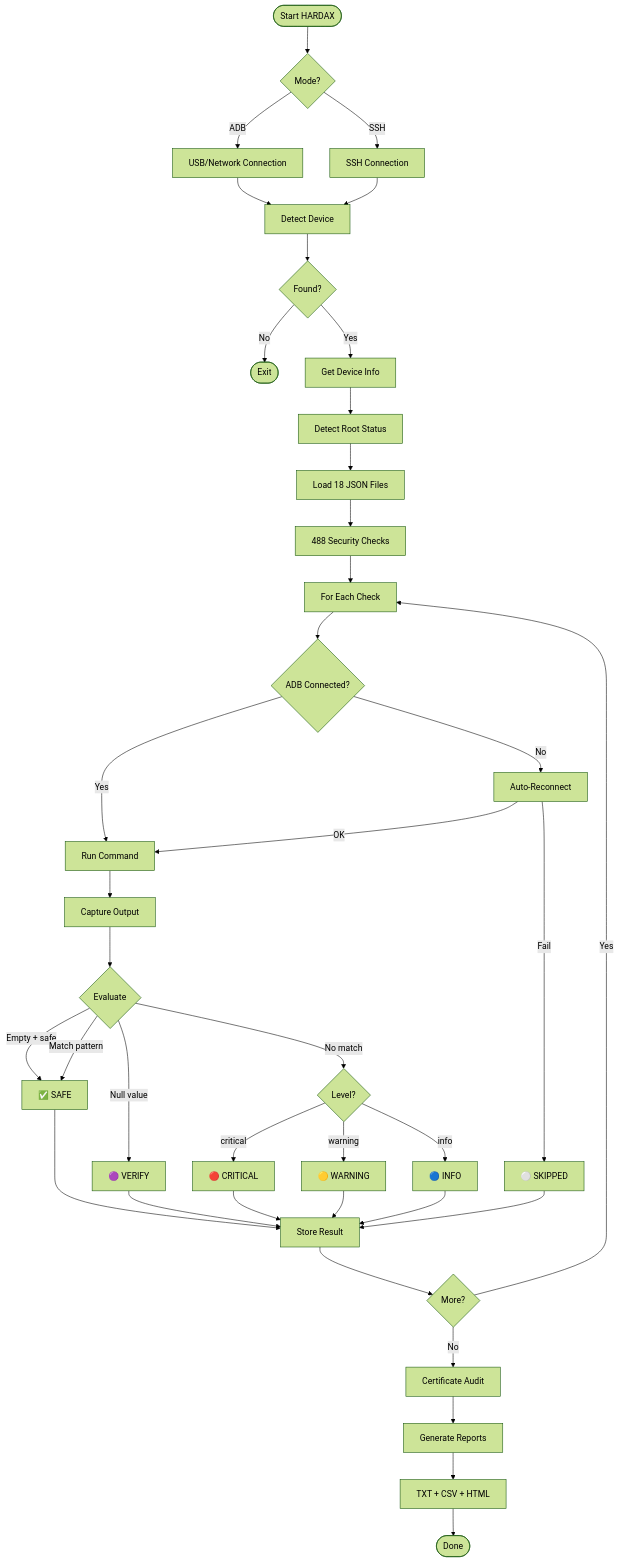
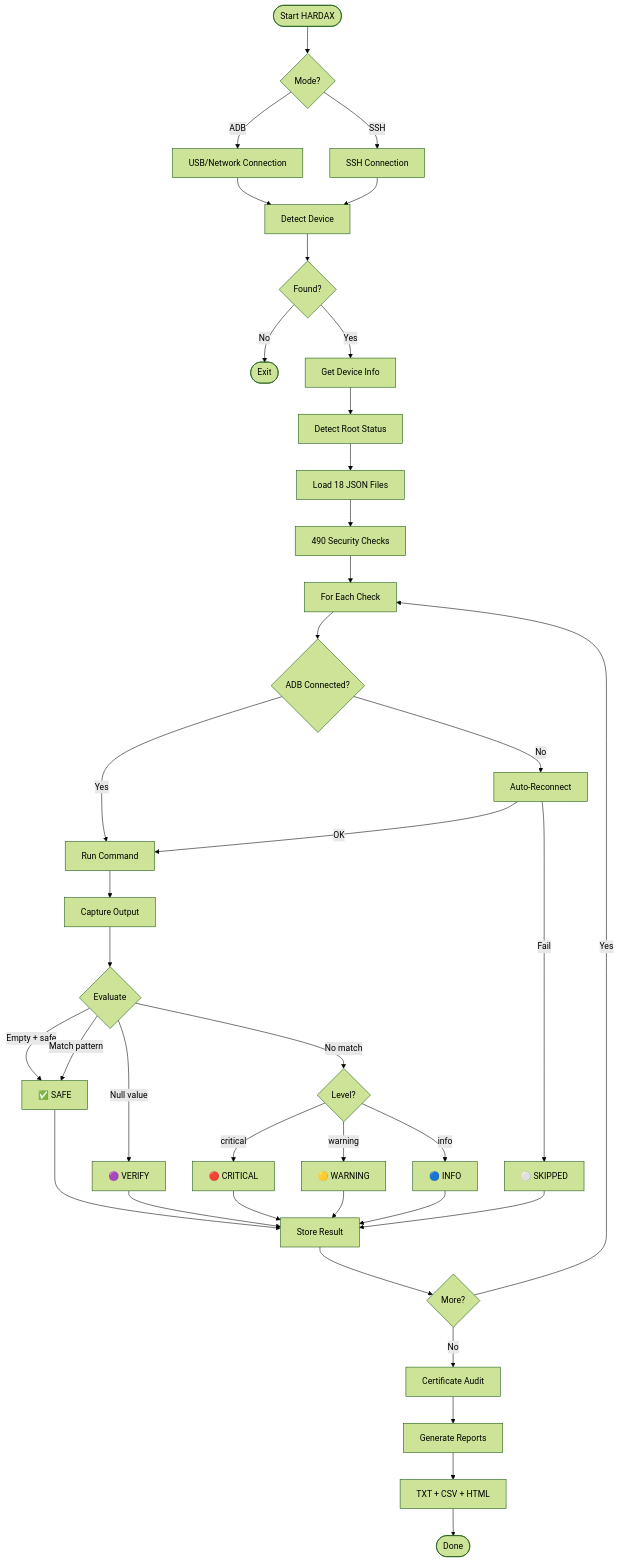
One commit to V33RU/hardax changed the diagram in README.md. Above: the diagram before and after it, drawn with Mermaid (forest theme). The commit also changed other lines of this file, not shown here.

````diff
--- a/README.md
+++ b/README.md
@@ -235,36 +235,36 @@
 ```mermaid
 flowchart TD
     A([Start HARDAX]) --> B{Mode?}
     B -->|ADB| C[USB/Network Connection]
     B -->|SSH| D[SSH Connection]
     C --> E[Detect Device]
     D --> E
     E --> F{Found?}
     F -->|No| G([Exit])
     F -->|Yes| H[Get Device Info]
     H --> I[Detect Root Status]
     I --> J[Load 18 JSON Files]
-    J --> K[488 Security Checks]
+    J --> K[490 Security Checks]
     K --> L[For Each Check]
     L --> M{ADB Connected?}
     M -->|No| N[Auto-Reconnect]
     N -->|Fail| O[⚪ SKIPPED]
     M -->|Yes| P[Run Command]
     N -->|OK| P
     P --> Q[Capture Output]
     Q --> R{Evaluate}
     R -->|Empty + safe| S[✅ SAFE]
     R -->|Match pattern| S
     R -->|Null value| T[🟣 VERIFY]
     R -->|No match| U{Level?}
     U -->|critical| V[🔴 CRITICAL]
     U -->|warning| W[🟡 WARNING]
     U -->|info| X[🔵 INFO]
     S & T & V & W & X & O --> Y[Store Result]
     Y --> Z{More?}
     Z -->|Yes| L
     Z -->|No| AA[Certificate Audit]
     AA --> AB[Generate Reports]
     AB --> AC[TXT + CSV + HTML]
     AC --> AD([Done])
 ```
````
